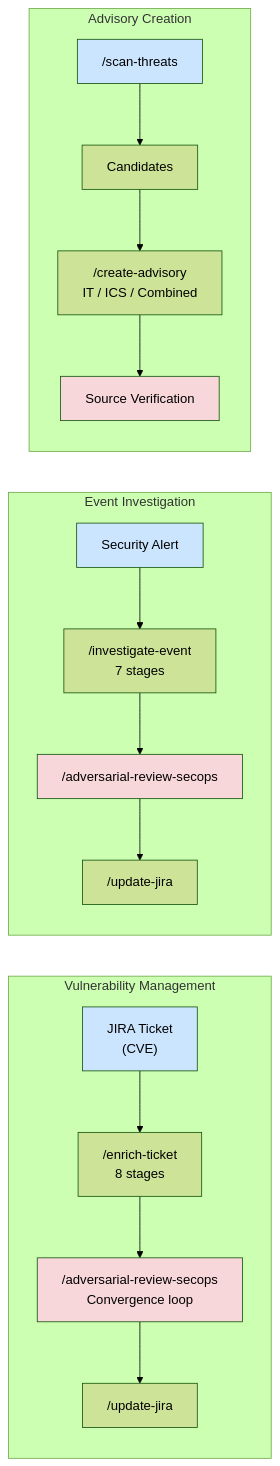
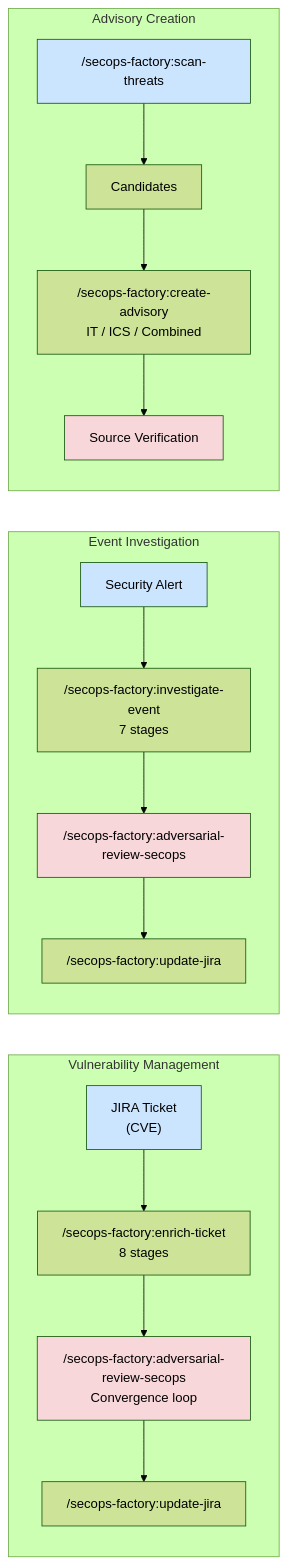
The diagram in docs/guide/getting-started.md (drbothen/secops-factory), drawn with Mermaid (forest theme) before and after one commit. The commit also changed other lines of this file and 8 other files, not shown here.

First line of the commit message:
docs: add secops-factory: namespace prefix to all command references

````diff
--- a/docs/guide/getting-started.md
+++ b/docs/guide/getting-started.md
@@ -7,27 +7,27 @@
 ```mermaid
 graph LR
     subgraph "Vulnerability Management"
-        TICKET["JIRA Ticket\n(CVE)"] --> ENRICH["/enrich-ticket\n8 stages"]
-        ENRICH --> REVIEW["/adversarial-review-secops\nConvergence loop"]
-        REVIEW --> UPDATE["/update-jira"]
+        TICKET["JIRA Ticket\n(CVE)"] --> ENRICH["/secops-factory:enrich-ticket\n8 stages"]
+        ENRICH --> REVIEW["/secops-factory:adversarial-review-secops\nConvergence loop"]
+        REVIEW --> UPDATE["/secops-factory:update-jira"]
     end
 
     subgraph "Event Investigation"
-        ALERT["Security Alert"] --> INVESTIGATE["/investigate-event\n7 stages"]
-        INVESTIGATE --> REVIEW2["/adversarial-review-secops"]
-        REVIEW2 --> UPDATE2["/update-jira"]
+        ALERT["Security Alert"] --> INVESTIGATE["/secops-factory:investigate-event\n7 stages"]
+        INVESTIGATE --> REVIEW2["/secops-factory:adversarial-review-secops"]
+        REVIEW2 --> UPDATE2["/secops-factory:update-jira"]
     end
 
     subgraph "Advisory Creation"
-        SCAN["/scan-threats"] --> CANDIDATES["Candidates"]
-        CANDIDATES --> ADVISORY["/create-advisory\nIT / ICS / Combined"]
+        SCAN["/secops-factory:scan-threats"] --> CANDIDATES["Candidates"]
+        CANDIDATES --> ADVISORY["/secops-factory:create-advisory\nIT / ICS / Combined"]
         ADVISORY --> VERIFY["Source Verification"]
     end
 
     style TICKET fill:#cce5ff
     style ALERT fill:#cce5ff
     style SCAN fill:#cce5ff
     style REVIEW fill:#f8d7da
     style REVIEW2 fill:#f8d7da
     style VERIFY fill:#f8d7da
 ```
````
